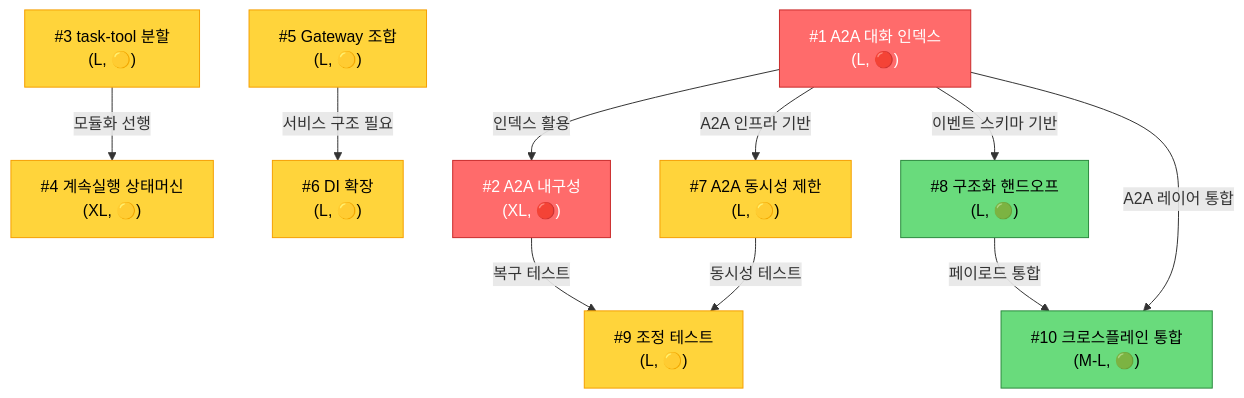
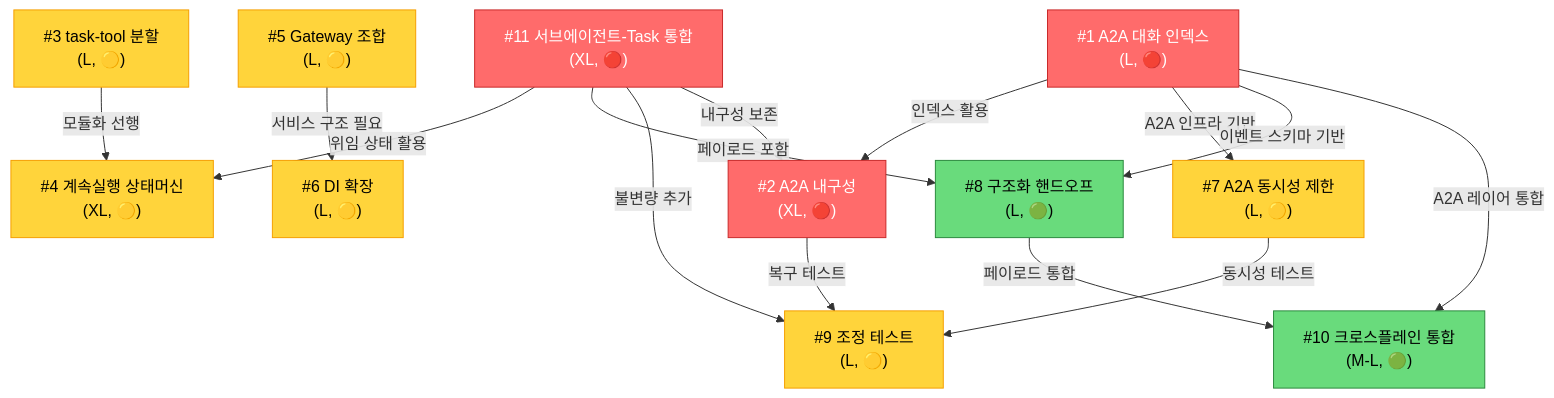
Before and after one commit to Pronto-Lab/prontoclaw: the first of 4 diagrams in prontolab/custom/improvements/ARCHITECTURE-IMPROVEMENTS.md, drawn with Mermaid. The commit also changed other lines of this file and 2 other files, not shown here.

Commit message:
docs: add #11 subagent-task lifecycle integration design document
- New design doc covering Task-Assign-Wait-Verify lifecycle for subagent work
- Addresses gap between task system and subagent spawn/announce systems
- Includes TaskDelegationManager, task_verify tool, and result snapshot design
- Updated architecture index and dependency graph with #11

````diff
--- a/prontolab/custom/improvements/ARCHITECTURE-IMPROVEMENTS.md
+++ b/prontolab/custom/improvements/ARCHITECTURE-IMPROVEMENTS.md
@@ -45,31 +46,36 @@
 ```mermaid
 graph TD
     I1["#1 A2A 대화 인덱스<br/>(L, 🔴)"]
     I2["#2 A2A 내구성<br/>(XL, 🔴)"]
     I3["#3 task-tool 분할<br/>(L, 🟡)"]
     I4["#4 계속실행 상태머신<br/>(XL, 🟡)"]
     I5["#5 Gateway 조합<br/>(L, 🟡)"]
     I6["#6 DI 확장<br/>(L, 🟡)"]
     I7["#7 A2A 동시성 제한<br/>(L, 🟡)"]
     I8["#8 구조화 핸드오프<br/>(L, 🟢)"]
     I9["#9 조정 테스트<br/>(L, 🟡)"]
     I10["#10 크로스플레인 통합<br/>(M-L, 🟢)"]
+    I11["#11 서브에이전트-Task 통합<br/>(XL, 🔴)"]
 
     I1 -->|"인덱스 활용"| I2
     I5 -->|"서비스 구조 필요"| I6
     I3 -->|"모듈화 선행"| I4
     I1 -->|"A2A 인프라 기반"| I7
     I1 -->|"이벤트 스키마 기반"| I8
     I2 -->|"복구 테스트"| I9
     I7 -->|"동시성 테스트"| I9
     I1 -->|"A2A 레이어 통합"| I10
     I8 -->|"페이로드 통합"| I10
+    I11 -->|"위임 상태 활용"| I4
+    I11 -->|"페이로드 포함"| I8
+    I11 -->|"불변량 추가"| I9
+    I11 -->|"내구성 보존"| I2
 
     classDef high fill:#ff6b6b,stroke:#c92a2a,color:#fff
     classDef medium fill:#ffd43b,stroke:#f59f00,color:#000
     classDef low fill:#69db7c,stroke:#2b8a3e,color:#000
 
-    class I1,I2 high
+    class I1,I2,I11 high
     class I3,I4,I5,I6,I7,I9 medium
     class I8,I10 low
 ```
````
